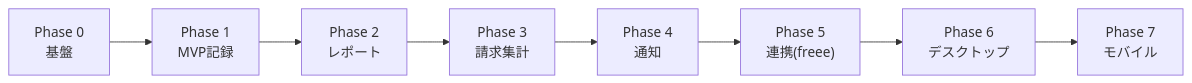
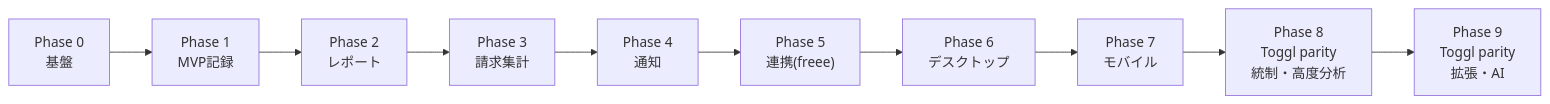
Before and after one commit to kurotch-homelab/time-tracker: the fourth of 4 diagrams in docs/prd.md, drawn with Mermaid. The commit also changed other lines of this file and 52 other files, not shown here.

````diff
--- a/docs/prd.md
+++ b/docs/prd.md
@@ -533,10 +630,12 @@
 ```mermaid
 graph LR
     P0["Phase 0<br/>基盤"] --> P1["Phase 1<br/>MVP記録"]
     P1 --> P2["Phase 2<br/>レポート"]
     P2 --> P3["Phase 3<br/>請求集計"]
     P3 --> P4["Phase 4<br/>通知"]
     P4 --> P5["Phase 5<br/>連携(freee)"]
     P5 --> P6["Phase 6<br/>デスクトップ"]
     P6 --> P7["Phase 7<br/>モバイル"]
+    P7 --> P8["Phase 8<br/>Toggl parity<br/>統制・高度分析"]
+    P8 --> P9["Phase 9<br/>Toggl parity<br/>拡張・AI"]
 ```
````
